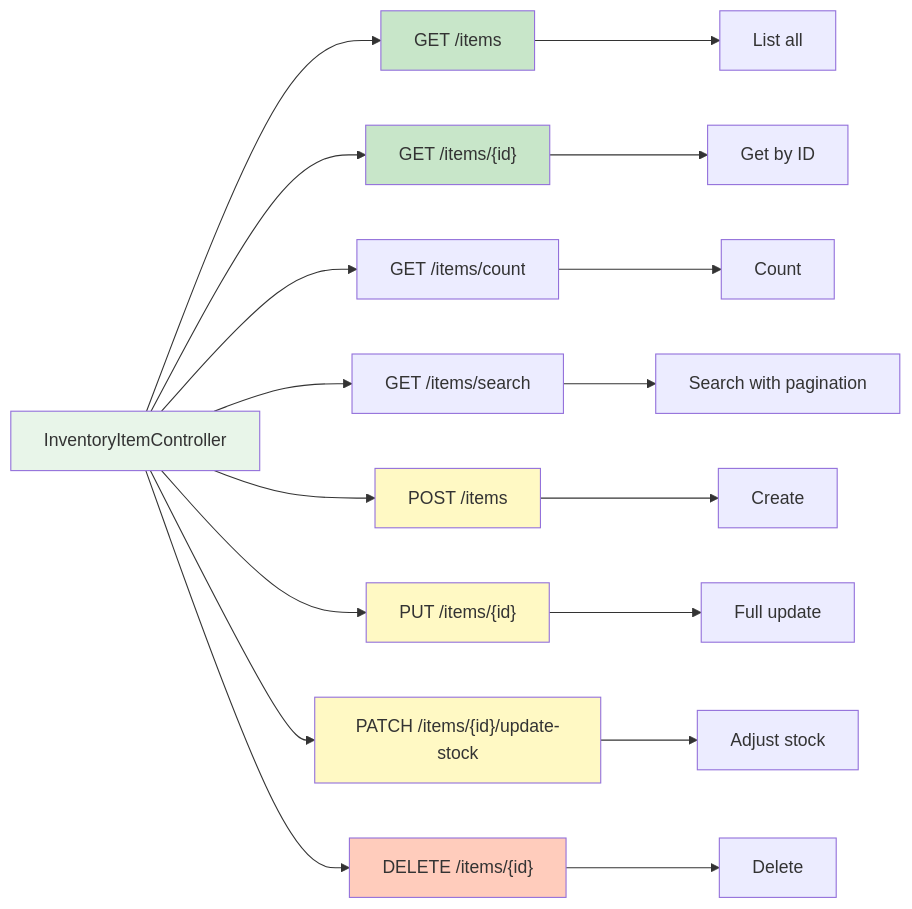
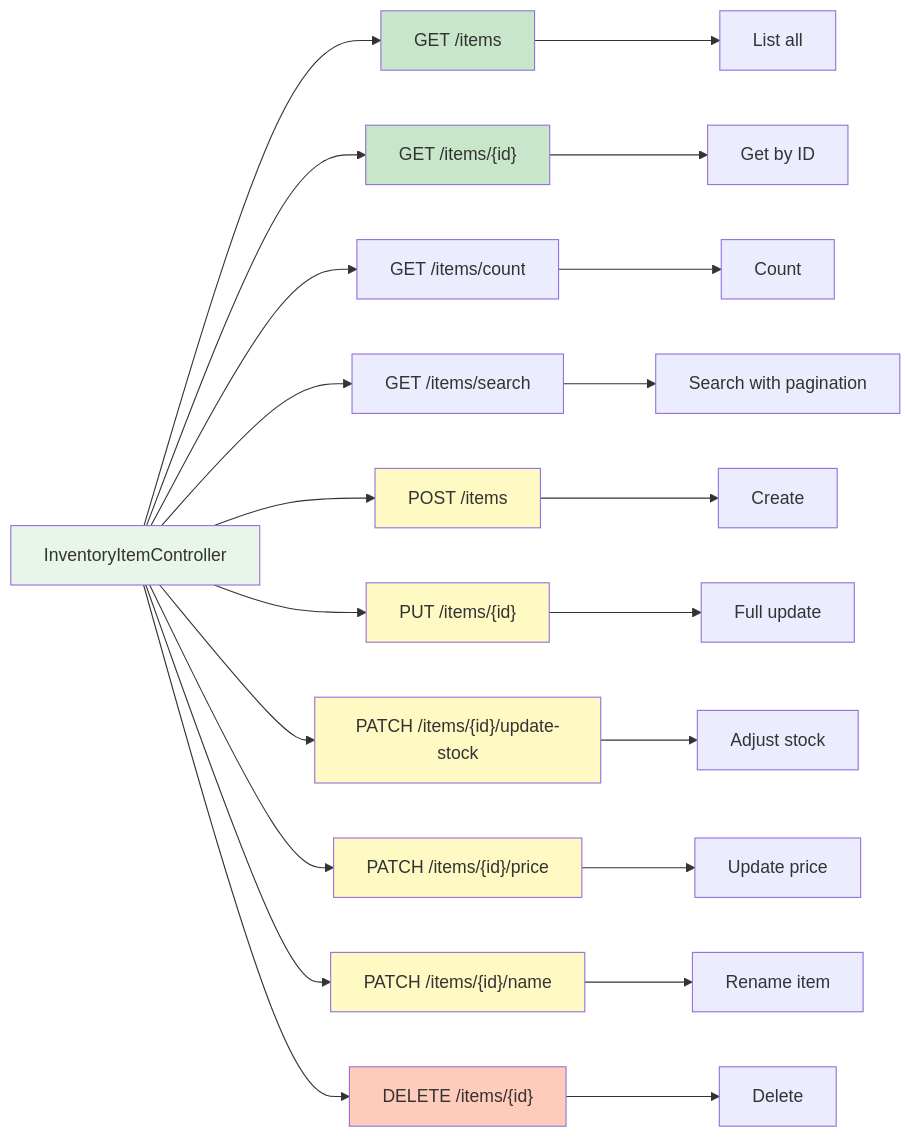
Before and after one commit to Keglev/inventory-service: the diagram in docs/backend/architecture/controller/inventory-item-controller.md, drawn with Mermaid. The commit also changed other lines of this file and 12 other files, not shown here.

First line of the commit message:
feat: Add rename inventory item feature with comprehensive tests and documentation

````diff
--- a/docs/backend/architecture/controller/inventory-item-controller.md
+++ b/docs/backend/architecture/controller/inventory-item-controller.md
@@ -18,30 +18,36 @@
 ```mermaid
 graph LR
     A["InventoryItemController"]
     
     A --> B["GET /items"]
     A --> C["GET /items/{id}"]
     A --> D["GET /items/count"]
     A --> E["GET /items/search"]
     A --> F["POST /items"]
     A --> G["PUT /items/{id}"]
     A --> H["PATCH /items/{id}/update-stock"]
+    A --> H2["PATCH /items/{id}/price"]
+    A --> H3["PATCH /items/{id}/name"]
     A --> I["DELETE /items/{id}"]
     
     B --> B1["List all"]
     C --> C1["Get by ID"]
     D --> D1["Count"]
     E --> E1["Search with pagination"]
     F --> F1["Create"]
     G --> G1["Full update"]
     H --> H1["Adjust stock"]
+    H2 --> H2A["Update price"]
+    H3 --> H3A["Rename item"]
     I --> I1["Delete"]
     
     style A fill:#e8f5e9
     style B fill:#c8e6c9
     style C fill:#c8e6c9
     style F fill:#fff9c4
     style G fill:#fff9c4
     style H fill:#fff9c4
+    style H2 fill:#fff9c4
+    style H3 fill:#fff9c4
     style I fill:#ffccbc
 ```
````
